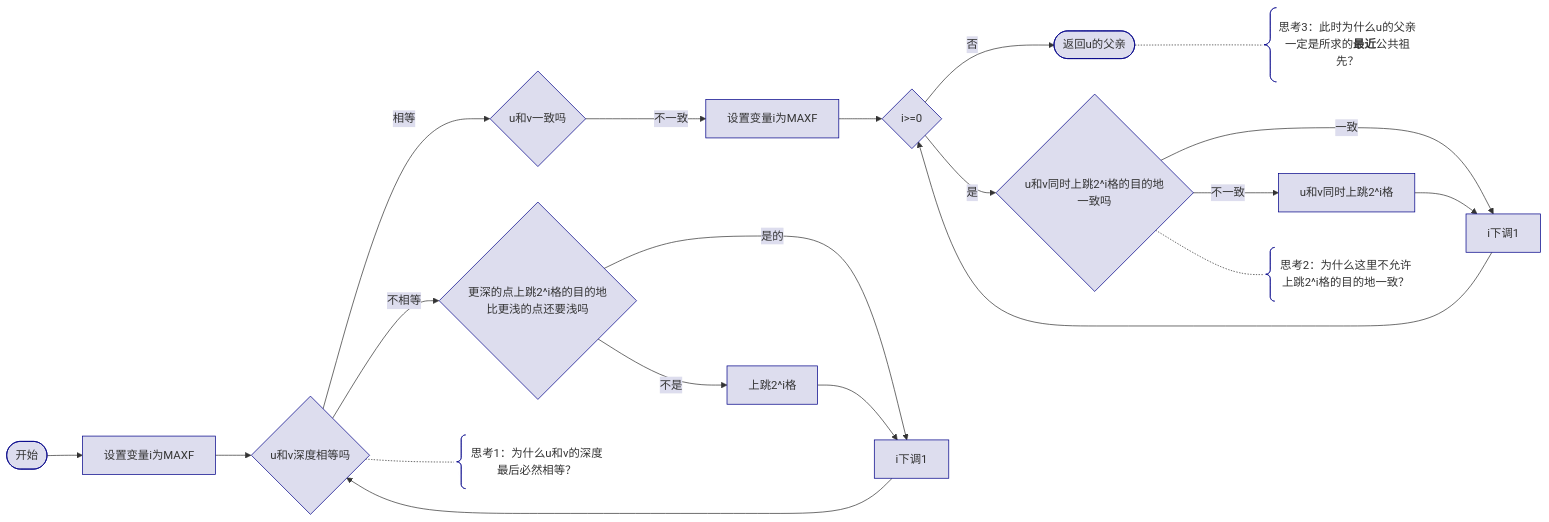
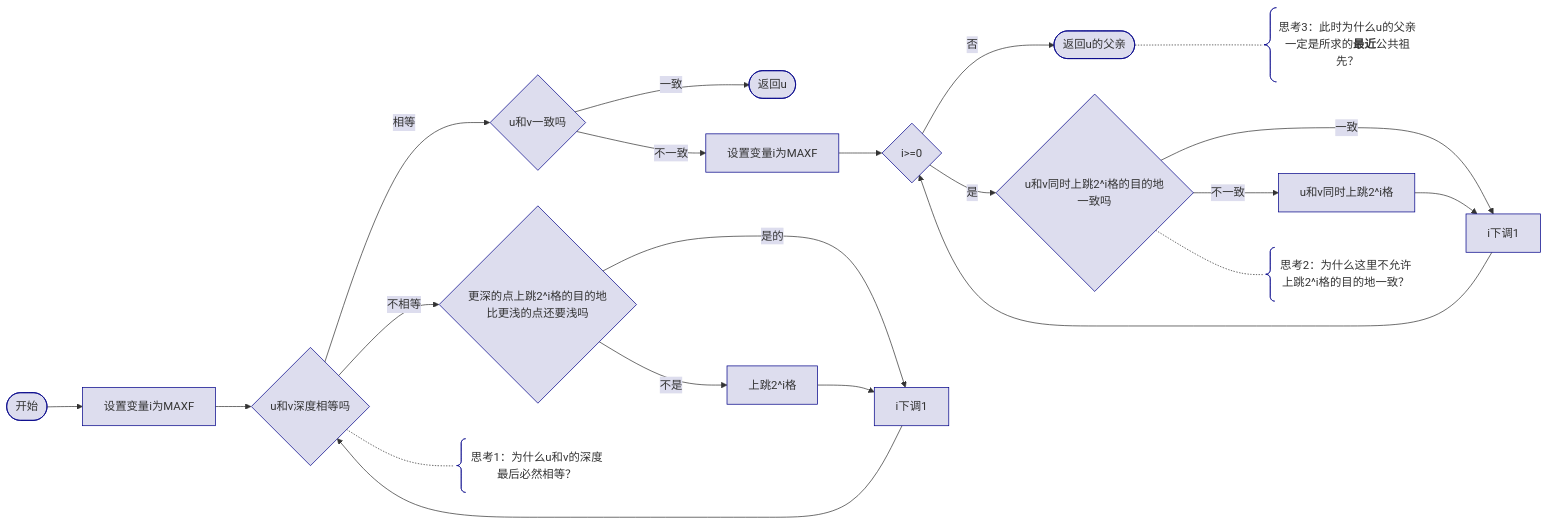
Before and after one commit to cyrxdzj/cyrxdzj_blog_cd: the diagram in src/data/posts/TYOI20260820-01-LCAByDoubling.md, drawn with Mermaid.

Commit message:
修复博文中的缺漏

````diff
--- a/src/data/posts/TYOI20260820-01-LCAByDoubling.md
+++ b/src/data/posts/TYOI20260820-01-LCAByDoubling.md
@@ -48,24 +48,25 @@
 ```mermaid
 flowchart LR
     classDef node fill:#DDDDEE,stroke:#000088;
     classDef edgeLabel background-color:#DDDDEE;
     A([开始]) -->B[设置变量i为MAXF]
     B-->C{u和v深度相等吗}
     C-->|相等|D{u和v一致吗}
     C-->|不相等|N{更深的点上跳2^i格的目的地比更浅的点还要浅吗}
     N-->|是的|F
     N-->|不是|E[上跳2^i格]
     E-->F[i下调1]
     F-->C
+    D-->|一致|I([返回u])
     D-->|不一致|H[设置变量i为MAXF]
     H-->G{i>=0}
     G-->|否|M([返回u的父亲])
     G-->|是|J{u和v同时上跳2^i格的目的地一致吗}
     J-->|一致|K[i下调1]
     J-->|不一致|L[u和v同时上跳2^i格]
     L-->K
     K-->G
     C-.-T1@{ shape: comment, label: "思考1：为什么u和v的深度最后必然相等？" }
     J-.-T2@{ shape: comment, label: "思考2：为什么这里不允许上跳2^i格的目的地一致？" }
     M-.-T3@{ shape: comment, label: "思考3：此时为什么u的父亲一定是所求的**最近**公共祖先？"}
 ```
````
